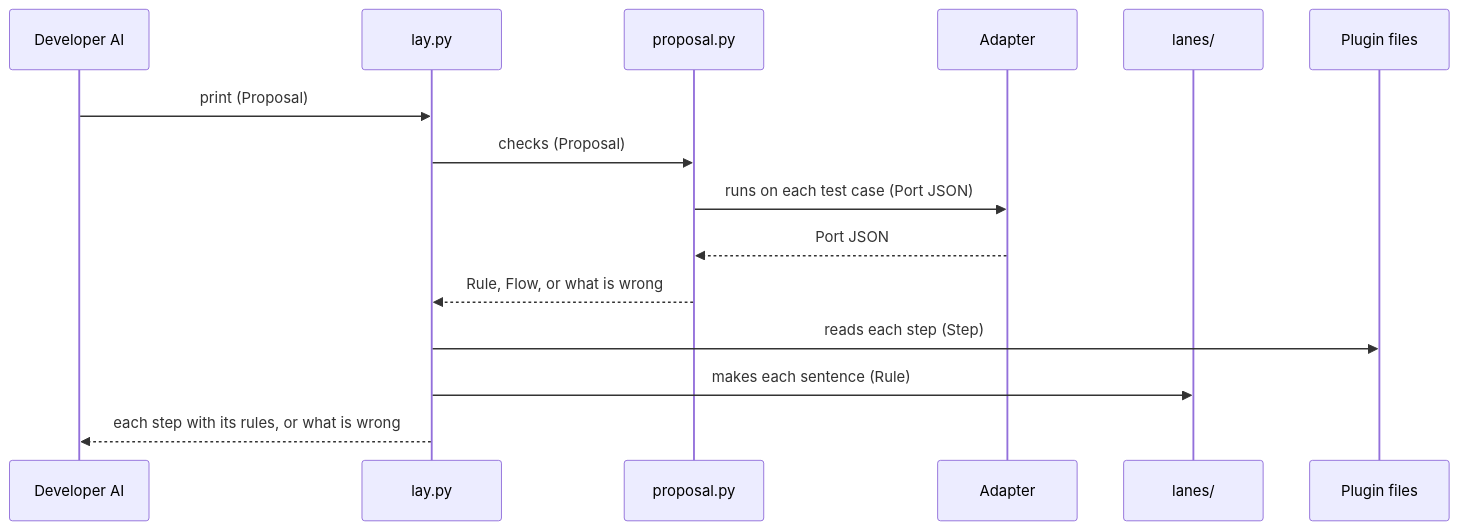
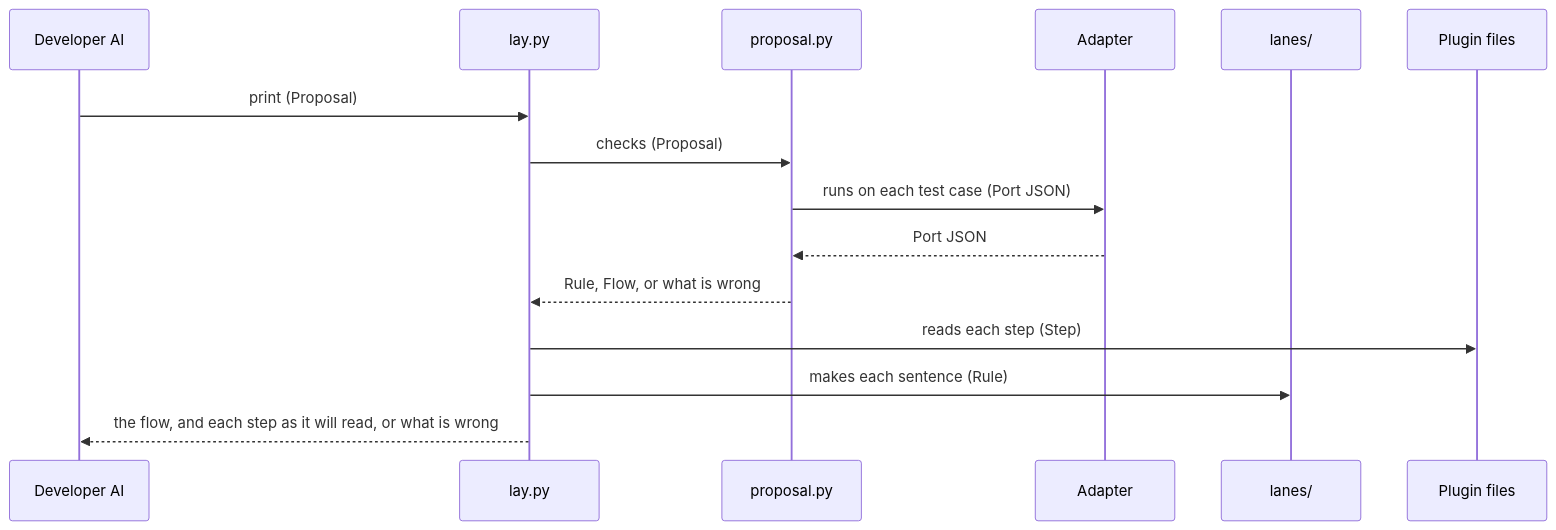
One commit to lovaizu/ccpm changed the first of 4 diagrams in dev/lane/architecture.md. Above: the diagram before and after it, drawn with Mermaid. The commit also changed other lines of this file and 3 other files, not shown here.

First line of the commit message:
lane's architecture made again by architecture's best practice from the new UX and README: no stop on either run's main path, as flow.md and the code have it; the shared principles Lane follows named by number; the code's names mapped once to the UX's

````diff
--- a/dev/lane/architecture.md
+++ b/dev/lane/architecture.md
@@ -114,17 +129,17 @@
 ```mermaid
 sequenceDiagram
   participant DA as Developer AI
   participant L as lay.py
   participant P as proposal.py
   participant AD as Adapter
   participant LN as lanes/
   participant PF as Plugin files
   DA->>L: print (Proposal)
   L->>P: checks (Proposal)
   P->>AD: runs on each test case (Port JSON)
   AD-->>P: Port JSON
   P-->>L: Rule, Flow, or what is wrong
   L->>PF: reads each step (Step)
   L->>LN: makes each sentence (Rule)
-  L-->>DA: each step with its rules, or what is wrong
+  L-->>DA: the flow, and each step as it will read, or what is wrong
 ```
````
